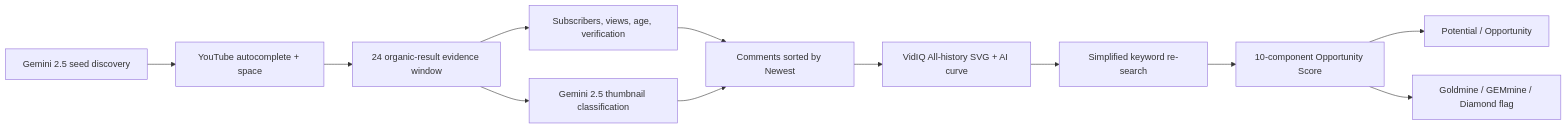
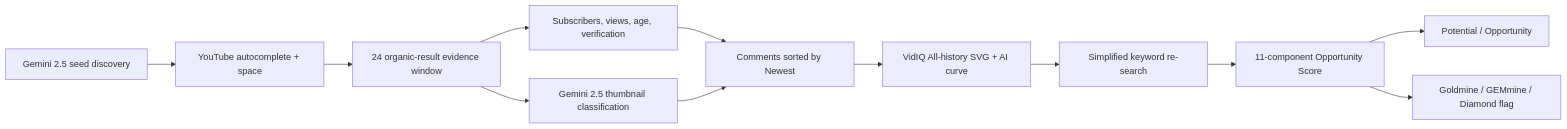
Before and after one commit to bvbvbv54/Aurora: the diagram in README.md, drawn with Mermaid. The commit also changed other lines of this file and 22 other files, not shown here.

````diff
--- a/README.md
+++ b/README.md
@@ -26,14 +28,14 @@
 ```mermaid
 flowchart LR
     A["Gemini 2.5 seed discovery"] --> B["YouTube autocomplete + space"]
     B --> C["24 organic-result evidence window"]
     C --> D["Subscribers, views, age, verification"]
     C --> E["Gemini 2.5 thumbnail classification"]
     D --> F["Comments sorted by Newest"]
     E --> F
     F --> G["VidIQ All-history SVG + AI curve"]
     G --> H["Simplified keyword re-search"]
-    H --> I["10-component Opportunity Score"]
+    H --> I["11-component Opportunity Score"]
     I --> J["Potential / Opportunity"]
     I --> K["Goldmine / GEMmine / Diamond flag"]
 ```
````
